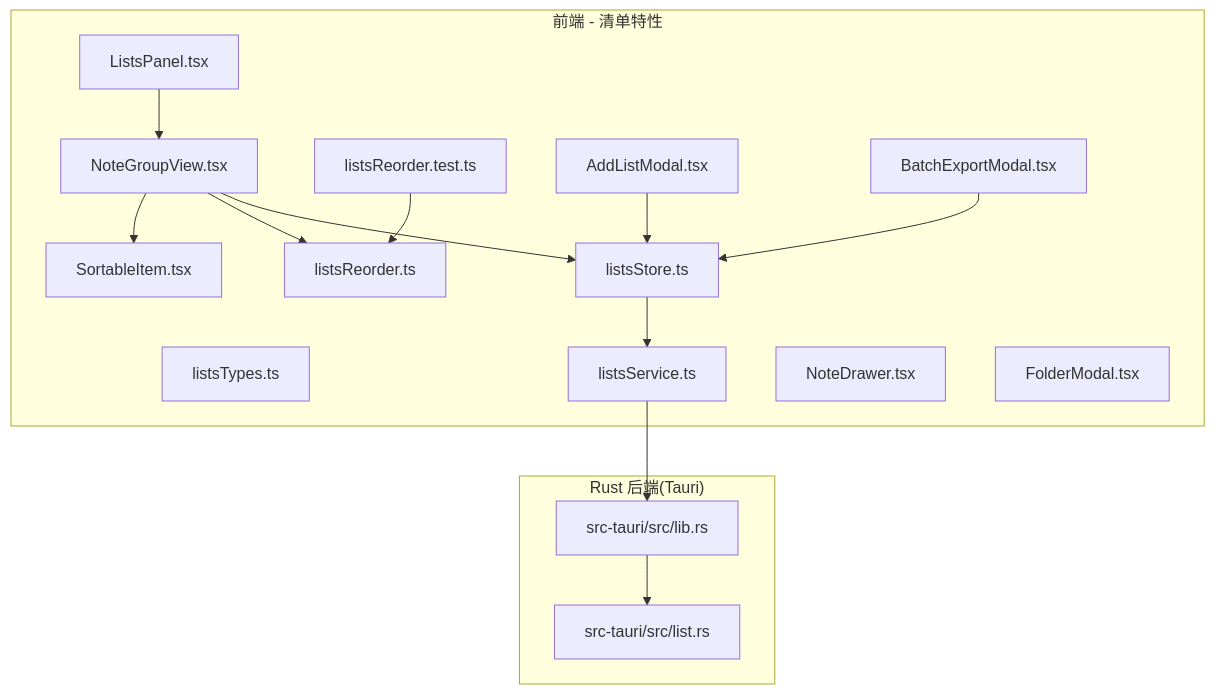
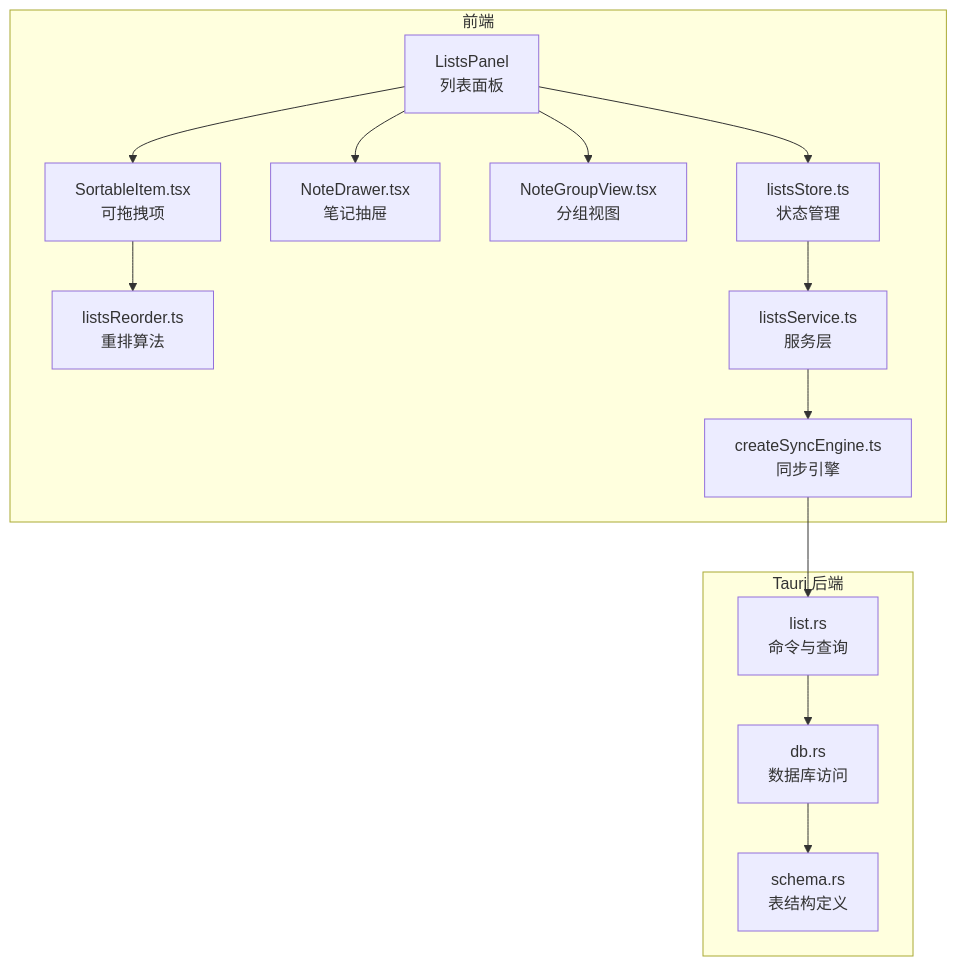
The first of 4 diagrams in .qoder/repowiki/zh/content/核心功能模块/清单管理系统.md (gzdxhujiale/FishWorker), drawn with Mermaid before and after one commit. The commit also changed other lines of this file and 238 other files, not shown here.

````diff
--- a/.qoder/repowiki/zh/content/核心功能模块/清单管理系统.md
+++ b/.qoder/repowiki/zh/content/核心功能模块/清单管理系统.md
@@ -59,31 +49,17 @@
 ```mermaid
 graph TB
-subgraph "前端 - 清单特性"
-Types["listsTypes.ts"]
-Store["listsStore.ts"]
-Service["listsService.ts"]
-Panel["ListsPanel.tsx"]
-GroupView["NoteGroupView.tsx"]
-Sortable["SortableItem.tsx"]
-Reorder["listsReorder.ts"]
-ReorderTest["listsReorder.test.ts"]
-AddModal["AddListModal.tsx"]
-ExportModal["BatchExportModal.tsx"]
-Drawer["NoteDrawer.tsx"]
-FolderModal["FolderModal.tsx"]
+subgraph "前端"
+A["ListsPanel<br/>列表面板"] --> B["listsStore.ts<br/>状态管理"]
+A --> C["NoteDrawer.tsx<br/>笔记抽屉"]
+A --> D["NoteGroupView.tsx<br/>分组视图"]
+A --> E["SortableItem.tsx<br/>可拖拽项"]
+E --> F["listsReorder.ts<br/>重排算法"]
+B --> G["listsService.ts<br/>服务层"]
+G --> H["createSyncEngine.ts<br/>同步引擎"]
 end
-subgraph "Rust 后端(Tauri)"
-Lib["src-tauri/src/lib.rs"]
-ListAPI["src-tauri/src/list.rs"]
+subgraph "Tauri 后端"
+I["list.rs<br/>命令与查询"] --> J["db.rs<br/>数据库访问"]
+J --> K["schema.rs<br/>表结构定义"]
 end
-Panel --> GroupView
-GroupView --> Sortable
-GroupView --> Reorder
-GroupView --> Store
-AddModal --> Store
-ExportModal --> Store
-Store --> Service
-Service --> Lib
-Lib --> ListAPI
-ReorderTest --> Reorder
+H --> I
 ```
````
